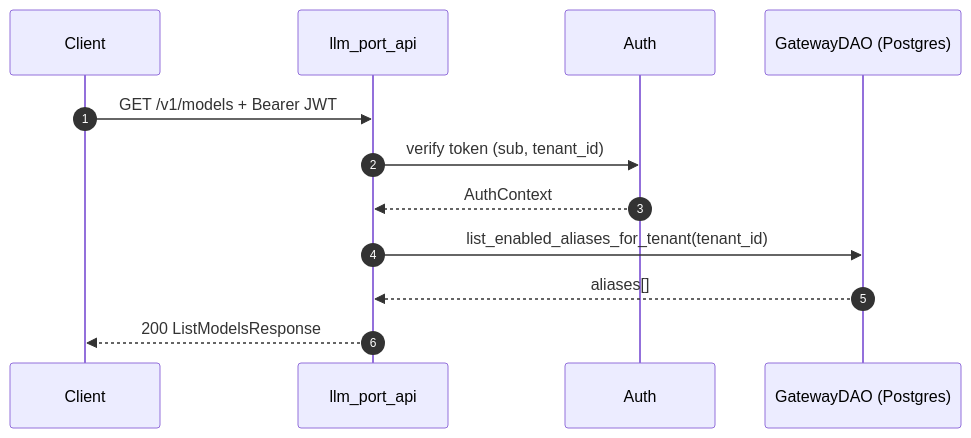
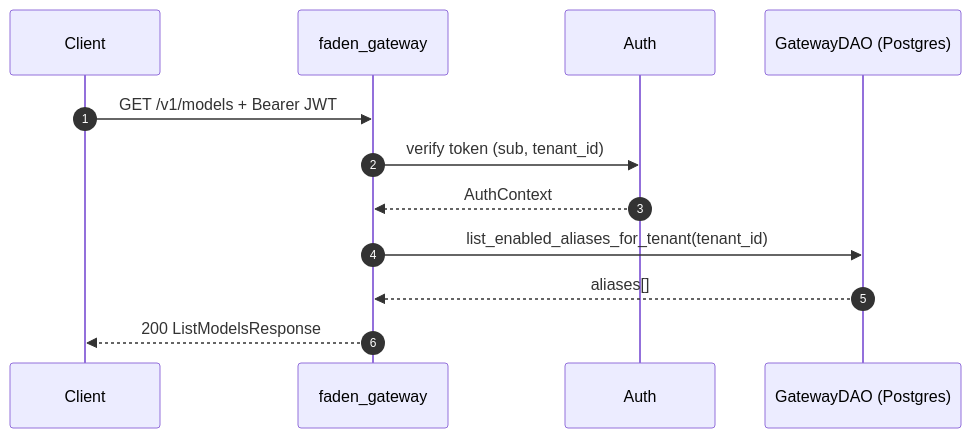
One commit to fadenstack/fadenstack changed the first of 4 diagrams in gateway/docs/api-sequence.md. Above: the diagram before and after it, drawn with Mermaid. The commit also changed other lines of this file and 870 other files, not shown here.

First line of the commit message:
Rename: LLM.Port -> Fadenstack in the content

````diff
--- a/gateway/docs/api-sequence.md
+++ b/gateway/docs/api-sequence.md
@@ -7,15 +7,15 @@
 ```mermaid
 sequenceDiagram
     autonumber
     participant C as Client
-    participant API as llm_port_api
+    participant API as faden_gateway
     participant AUTH as Auth
     participant DAO as GatewayDAO (Postgres)
 
     C->>API: GET /v1/models + Bearer JWT
     API->>AUTH: verify token (sub, tenant_id)
     AUTH-->>API: AuthContext
     API->>DAO: list_enabled_aliases_for_tenant(tenant_id)
     DAO-->>API: aliases[]
     API-->>C: 200 ListModelsResponse
 ```
````
